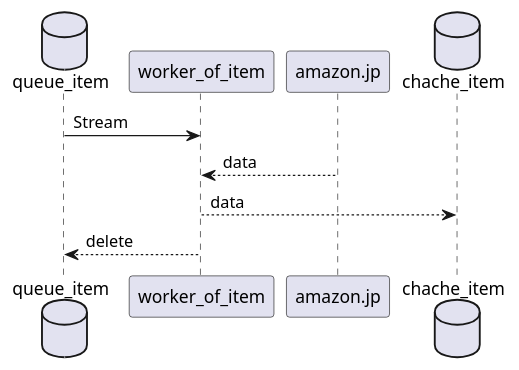
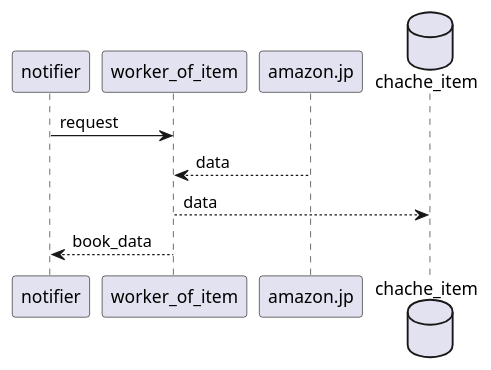
Before and after one commit to homura10059/find_sale_in_wishlist: the third of 3 diagrams in docs/design.md, drawn with PlantUML. The commit also changed other lines of this file, not shown here.

````diff
--- a/docs/design.md
+++ b/docs/design.md
@@ -121,13 +100,13 @@
 ```puml
 @startuml
 
-database queue_item
-queue_item -> worker_of_item: Stream
+
+notifier -> worker_of_item: request
 worker_of_item <-- amazon.jp: data
 
 database chache_item
 worker_of_item --> chache_item: data
 
-worker_of_item --> queue_item: delete
+worker_of_item --> notifier: book_data
 @enduml
 ```
````
